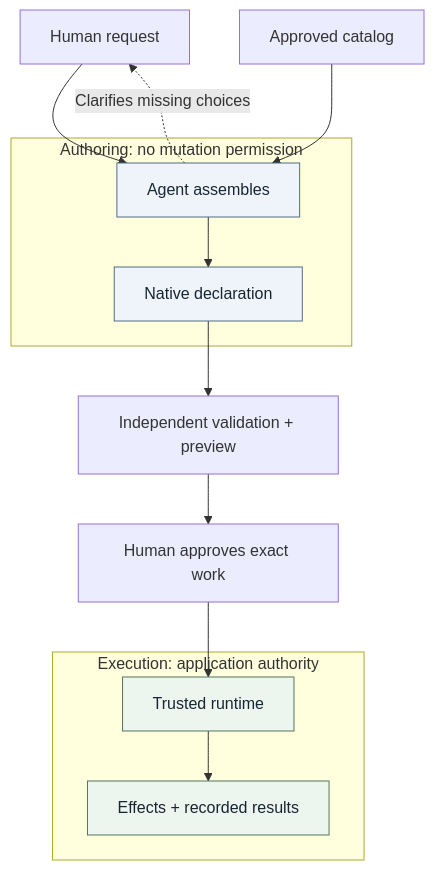
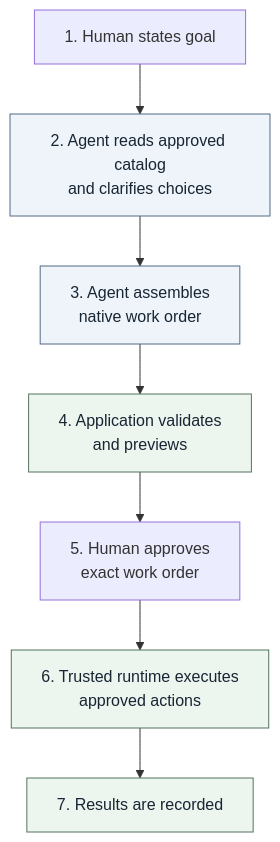
The diagram in README.md (vhiekin/aapi), drawn with Mermaid before and after one commit. The commit also changed other lines of this file and 4 other files, not shown here.

First line of the commit message:
Make proposal diagrams follow a clear reading order

````diff
--- a/README.md
+++ b/README.md
@@ -11,19 +11,13 @@
 ```mermaid
 flowchart TB
-  H["Human request"] --> A
-  C["Approved catalog"] --> A
-  subgraph Authoring["Authoring: no mutation permission"]
-    A["Agent assembles"] --> D["Native declaration"]
-  end
-  A -. "Clarifies missing choices" .-> H
-  D --> V["Independent validation + preview"]
-  V --> P["Human approves exact work"]
-  subgraph Execution["Execution: application authority"]
-    R["Trusted runtime"] --> O["Effects + recorded results"]
-  end
-  P --> R
+  H["1. Human states goal"] --> C["2. Agent reads approved catalog<br/>and clarifies choices"]
+  C --> W["3. Agent assembles<br/>native work order"]
+  W --> V["4. Application validates<br/>and previews"]
+  V --> P["5. Human approves<br/>exact work order"]
+  P --> E["6. Trusted runtime executes<br/>approved actions"]
+  E --> R["7. Results are recorded"]
   classDef author fill:#eef4fa,stroke:#536b86,color:#182533
-  classDef executor fill:#edf5ef,stroke:#55745e,color:#182533
-  class A,D author
-  class R,O executor
+  classDef application fill:#edf5ef,stroke:#55745e,color:#182533
+  class C,W author
+  class V,E,R application
 ```
````
